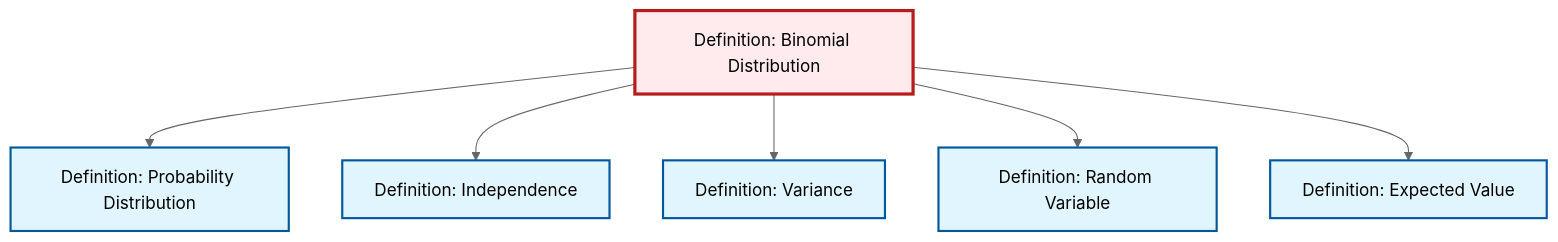
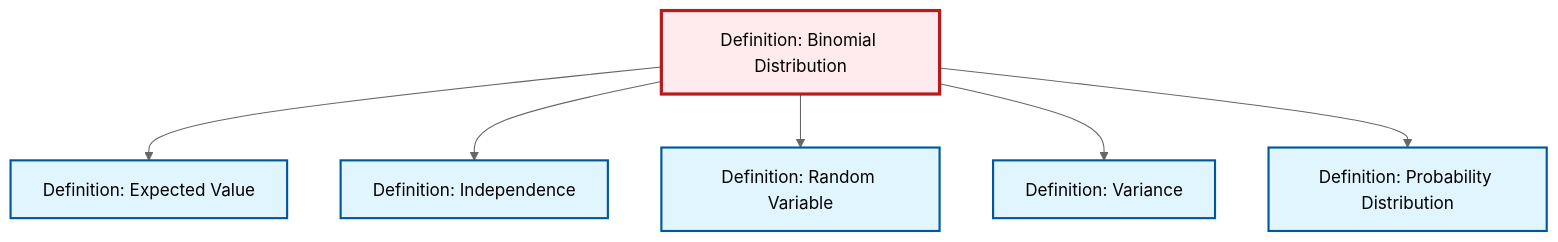
One commit to RK0429/ModernMath changed the diagram in content/en/probability-statistics/def-binomial-distribution.qmd. Above: the diagram before and after it, drawn with Mermaid (neutral theme). The commit also changed other lines of this file and 672 other files, not shown here.

````diff
--- a/content/en/probability-statistics/def-binomial-distribution.qmd
+++ b/content/en/probability-statistics/def-binomial-distribution.qmd
@@ -126,26 +126,26 @@
 ```{mermaid}
 %%| fig-cap: "Local dependency graph"
 graph TD
     classDef definition fill:#e1f5fe,stroke:#01579b,stroke-width:2px
     classDef theorem fill:#f3e5f5,stroke:#4a148c,stroke-width:2px
     classDef axiom fill:#fff3e0,stroke:#e65100,stroke-width:2px
     classDef example fill:#e8f5e9,stroke:#1b5e20,stroke-width:2px
     classDef current fill:#ffebee,stroke:#b71c1c,stroke-width:3px
-    def-probability-distribution["Definition: Probability Distribution"]:::definition
-    def-expectation["Definition: Expected Value"]:::definition
-    def-random-variable["Definition: Random Variable"]:::definition
     def-binomial-distribution["Definition: Binomial Distribution"]:::definition
     def-independence["Definition: Independence"]:::definition
+    def-expectation["Definition: Expected Value"]:::definition
+    def-probability-distribution["Definition: Probability Distribution"]:::definition
     def-variance["Definition: Variance"]:::definition
+    def-random-variable["Definition: Random Variable"]:::definition
+    def-binomial-distribution --> def-expectation
+    def-binomial-distribution --> def-independence
+    def-binomial-distribution --> def-random-variable
+    def-binomial-distribution --> def-variance
     def-binomial-distribution --> def-probability-distribution
-    def-binomial-distribution --> def-independence
-    def-binomial-distribution --> def-variance
-    def-binomial-distribution --> def-random-variable
-    def-binomial-distribution --> def-expectation
     class def-binomial-distribution current
+    click def-independence "def-independence.html" "Go to Independence definition"
+    click def-expectation "def-expectation.html" "Go to Expected Value definition"
     click def-probability-distribution "def-probability-distribution.html" "Go to Probability Distribution definition"
-    click def-expectation "def-expectation.html" "Go to Expected Value definition"
+    click def-variance "def-variance.html" "Go to Variance definition"
     click def-random-variable "def-random-variable.html" "Go to Random Variable definition"
-    click def-independence "def-independence.html" "Go to Independence definition"
-    click def-variance "def-variance.html" "Go to Variance definition"
 ```
````
